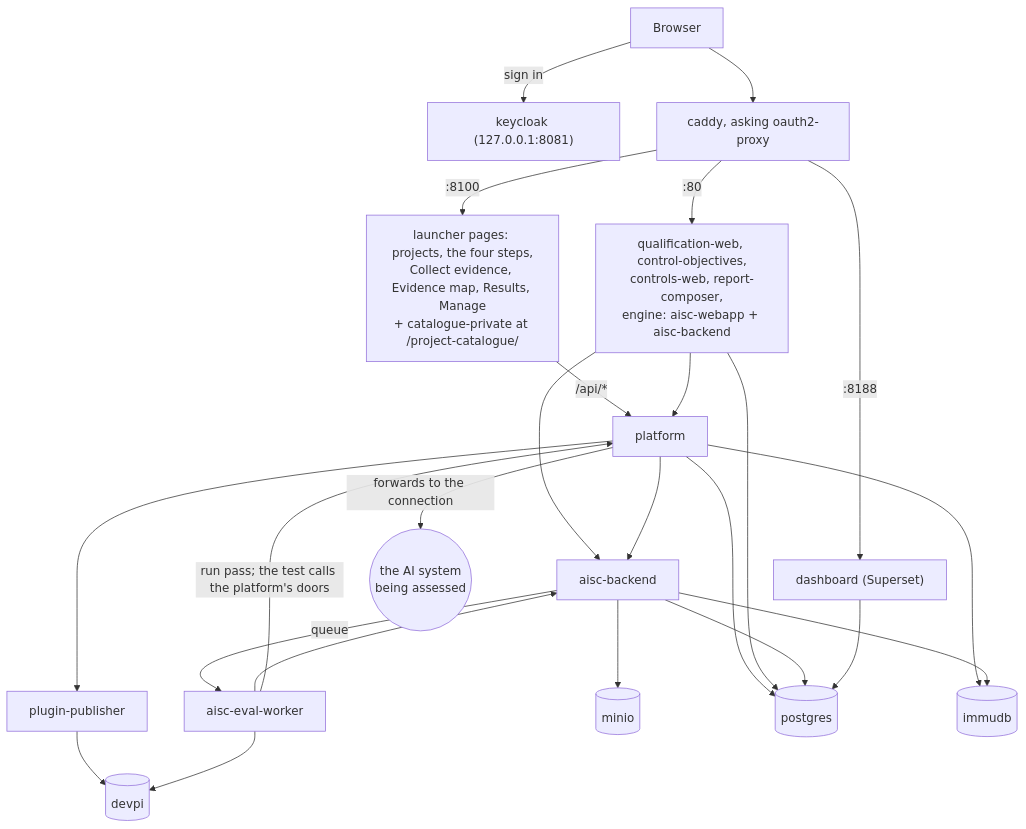
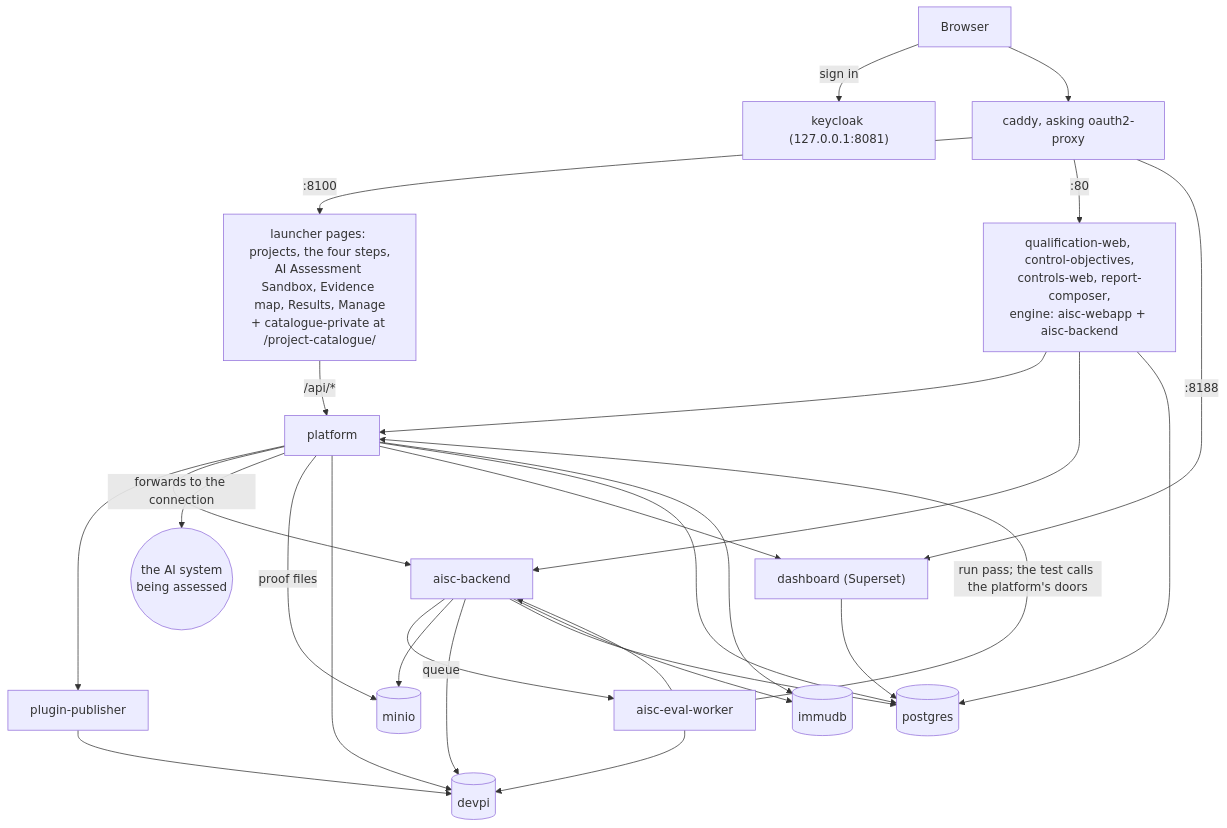
Before and after one commit to lux-ai-factory/aisc: the diagram in docs/architecture.md, drawn with Mermaid. The commit also changed other lines of this file and 202 other files, not shown here.

````diff
--- a/docs/architecture.md
+++ b/docs/architecture.md
@@ -51,21 +51,25 @@
 ```mermaid
 flowchart TB
     B[Browser] -->|sign in| KC["keycloak (127.0.0.1:8081)"]
     B --> GW["caddy, asking oauth2-proxy"]
-    GW -->|":8100"| L["launcher pages: projects, the four steps,<br/>Collect evidence, Evidence map, Results, Manage<br/>+ catalogue-private at /project-catalogue/"]
+    GW -->|":8100"| L["launcher pages: projects, the four steps,<br/>AI Assessment Sandbox, Evidence map, Results, Manage<br/>+ catalogue-private at /project-catalogue/"]
     GW -->|":80"| APPS["qualification-web, control-objectives,<br/>controls-web, report-composer,<br/>engine: aisc-webapp + aisc-backend"]
     GW -->|":8188"| DASH["dashboard (Superset)"]
     L -->|"/api/*"| P["platform"]
     APPS --> P
     APPS --> BE["aisc-backend"]
     P --> PUB["plugin-publisher"] --> IDX[("devpi")]
     P --> BE
     BE -->|queue| W["aisc-eval-worker"]
     W --> BE
     W --> IDX
     W -->|"run pass; the test calls the platform's doors"| P
     P -->|"forwards to the connection"| SYS(("the AI system<br/>being assessed"))
     BE --> M[("minio")]
+    P -->|"proof files"| M
+    P --> IDX
+    BE --> IDX
+    P --> DASH
     P & APPS & BE & DASH --> DB[("postgres")]
     P & BE --> IM[("immudb")]
 ```
````
